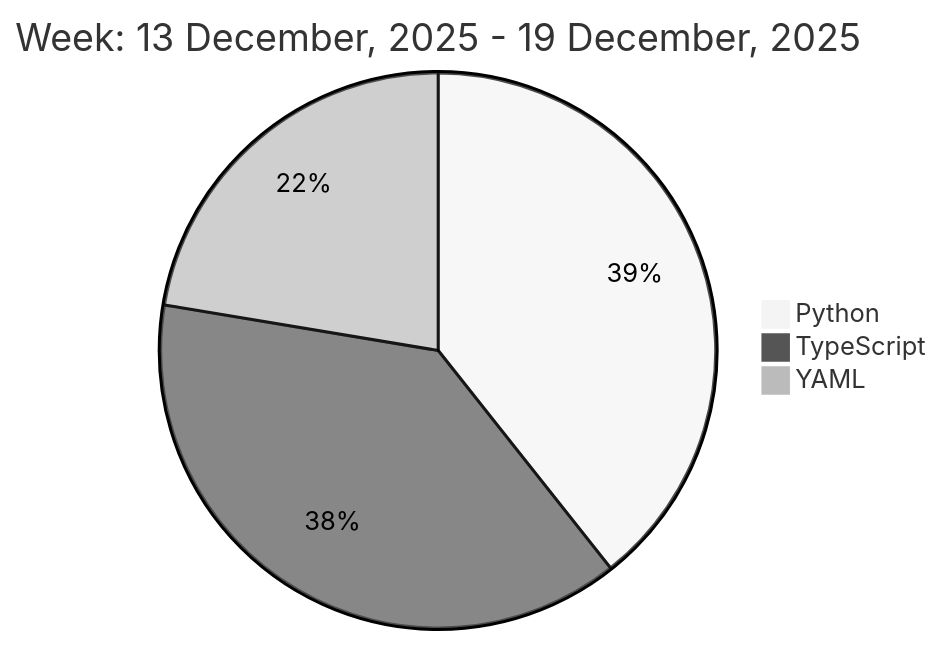
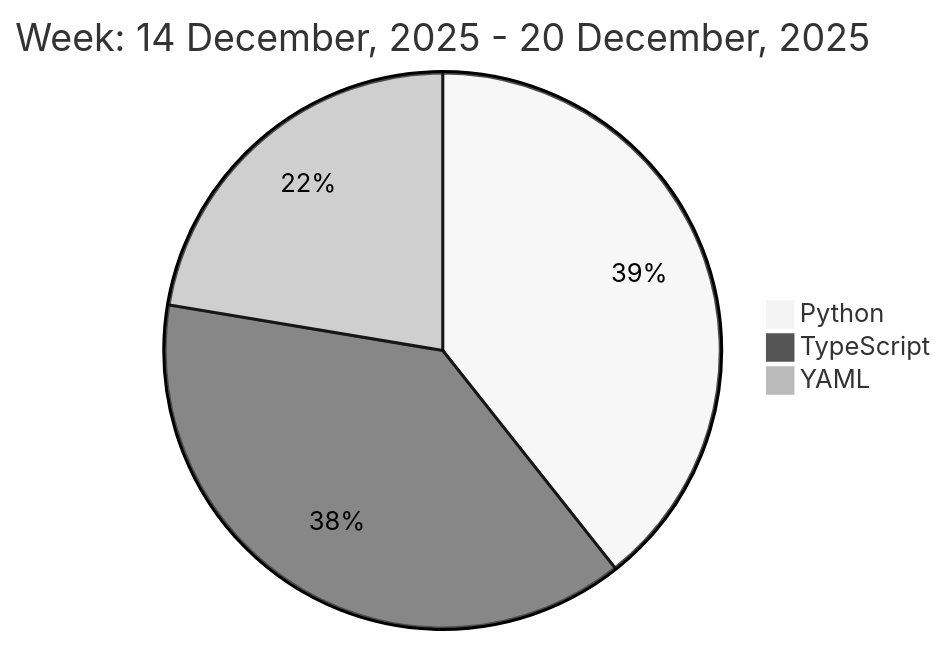
Before and after one commit to liubin95/liubin95: the diagram in README.md, drawn with Mermaid (neutral theme).

Commit message:
Updated the Graph with new Metrics

````diff
--- a/README.md
+++ b/README.md
@@ -37,7 +37,7 @@
 ```mermaid
  pie
-title Week: 13 December, 2025 - 19 December, 2025
+title Week: 14 December, 2025 - 20 December, 2025
  "Python" : 3.78
  "TypeScript" : 3.68
  "YAML" : 2.15
 ```
````
